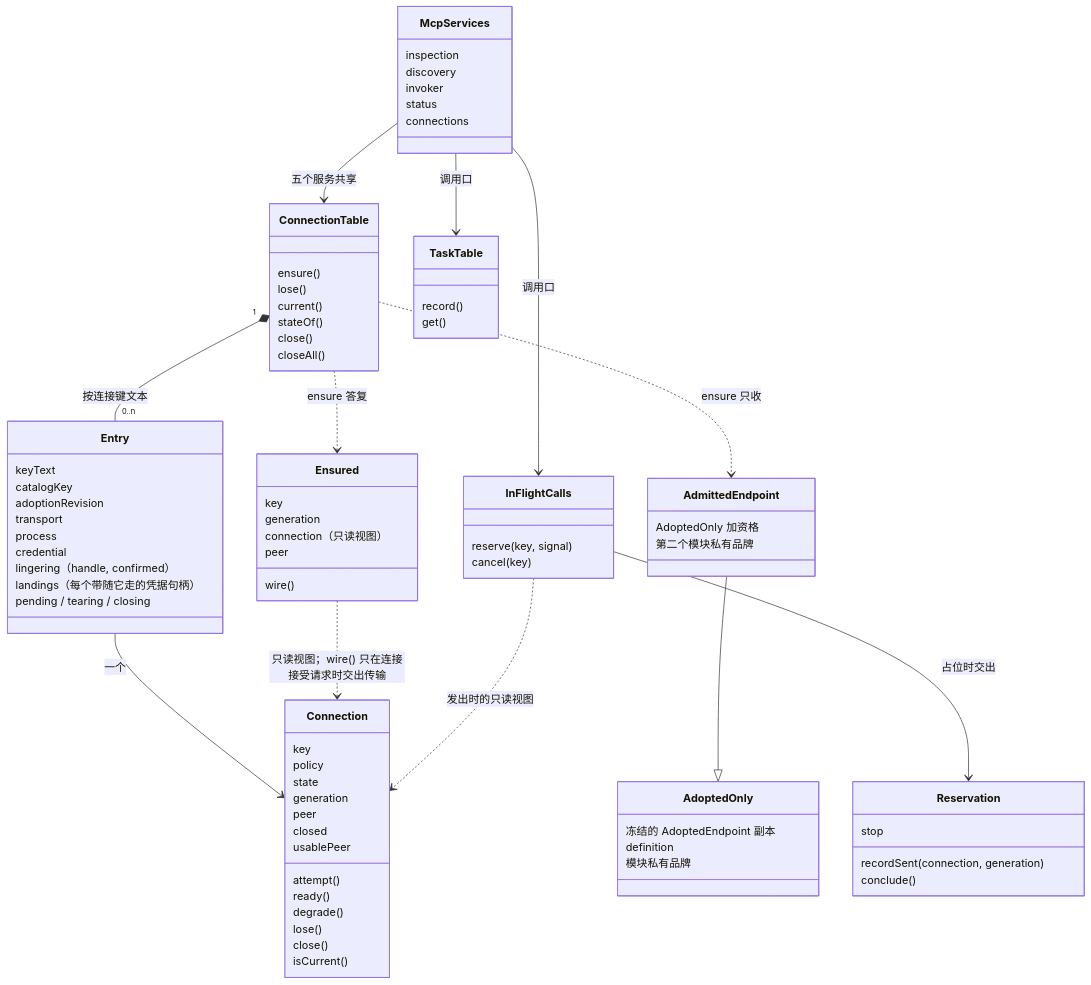
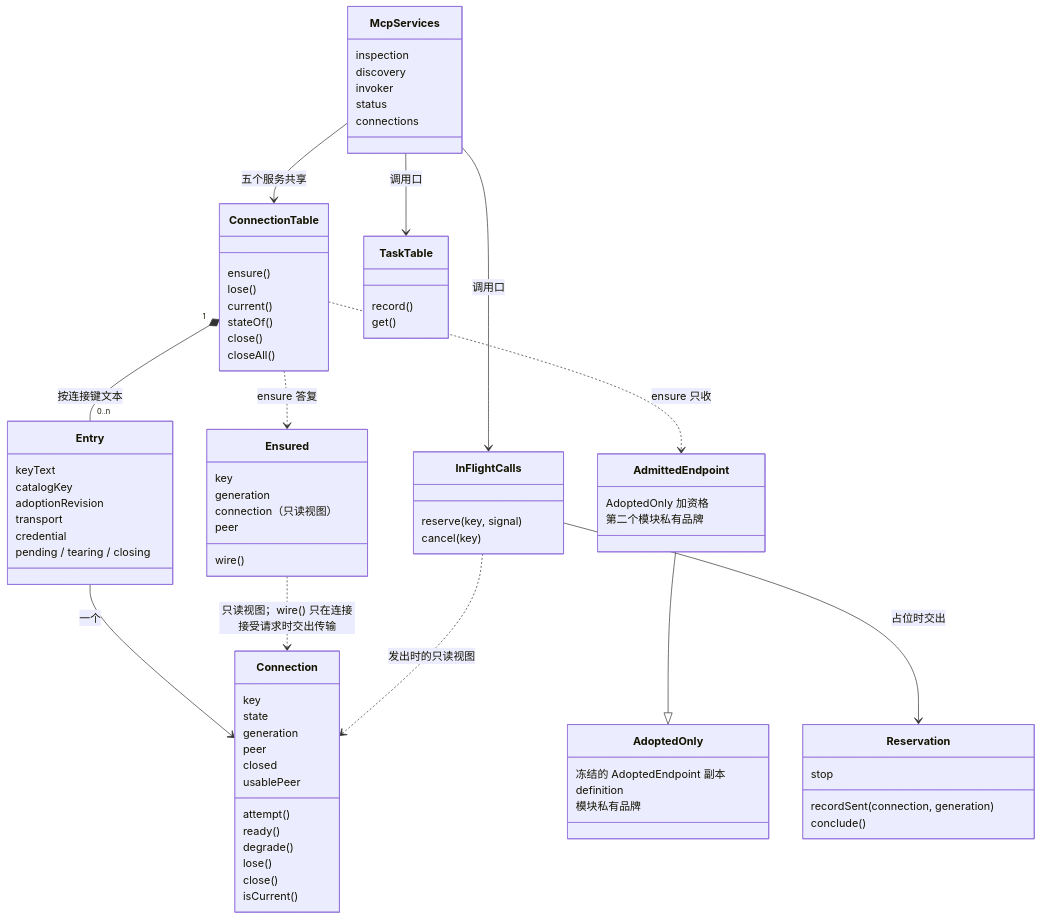
Before and after one commit to nemori-ai/omne-harness-lite: the diagram in packages/mcp/mcp/docs/object-model.md, drawn with Mermaid. The commit also changed other lines of this file and 57 other files, not shown here.

```diff
--- a/packages/mcp/mcp/docs/object-model.md
+++ b/packages/mcp/mcp/docs/object-model.md
@@ -26,15 +26,11 @@
         catalogKey
         adoptionRevision
         transport
-        process
         credential
-        lingering（handle, confirmed）
-        landings（每个带随它走的凭据句柄）
         pending / tearing / closing
     }
     class Connection {
         key
-        policy
         state
         generation
         peer
```
